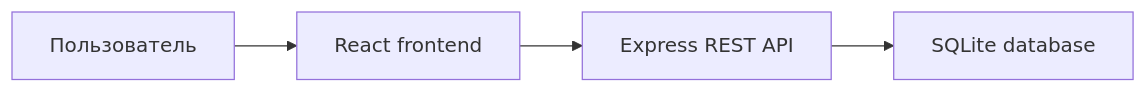
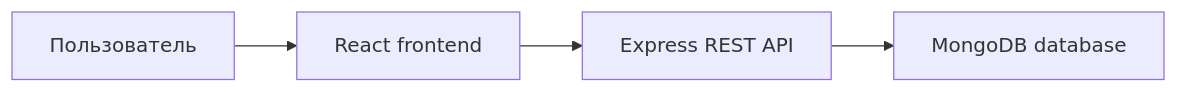
Before and after one commit to qpwwas/kyrsovaya: the diagram in docs/ARCHITECTURE.md, drawn with Mermaid. The commit also changed other lines of this file and 25 other files, not shown here.

````diff
--- a/docs/ARCHITECTURE.md
+++ b/docs/ARCHITECTURE.md
@@ -5,6 +5,6 @@
 ```mermaid
 flowchart LR
     A["Пользователь"] --> B["React frontend"]
     B --> C["Express REST API"]
-    C --> D["SQLite database"]
+    C --> D["MongoDB database"]
 ```
````
